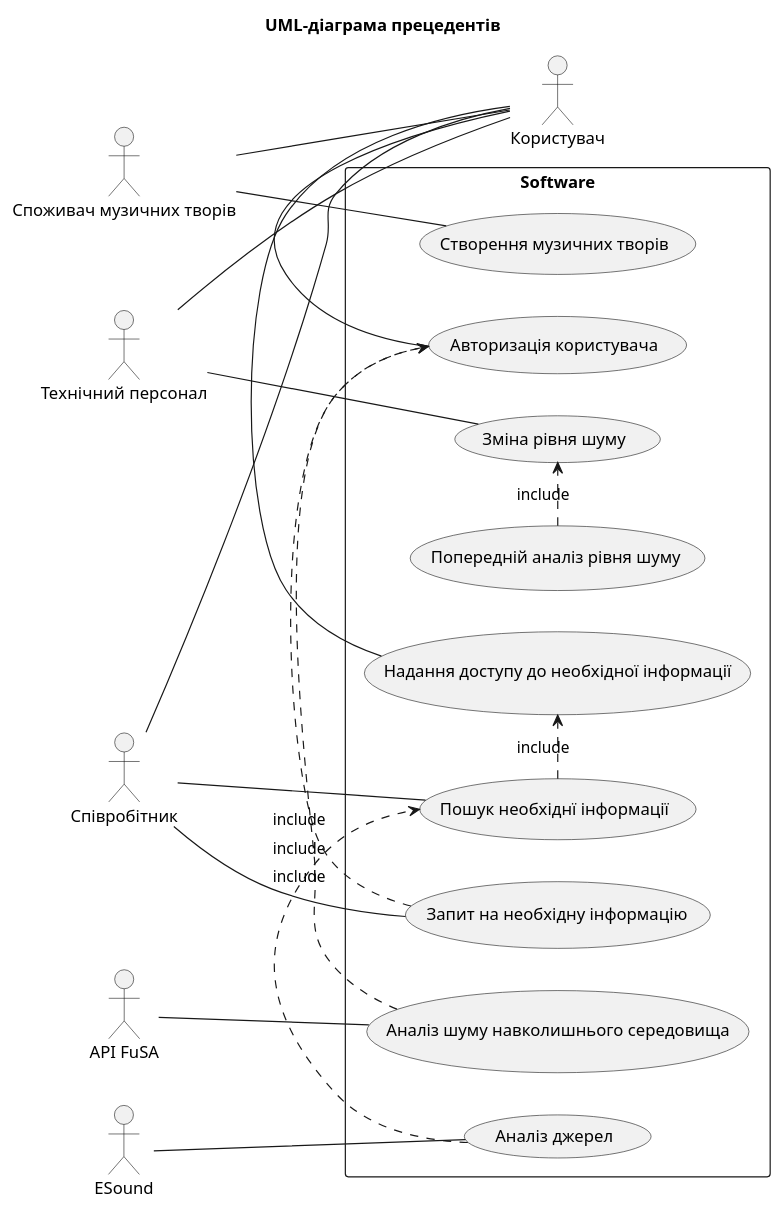
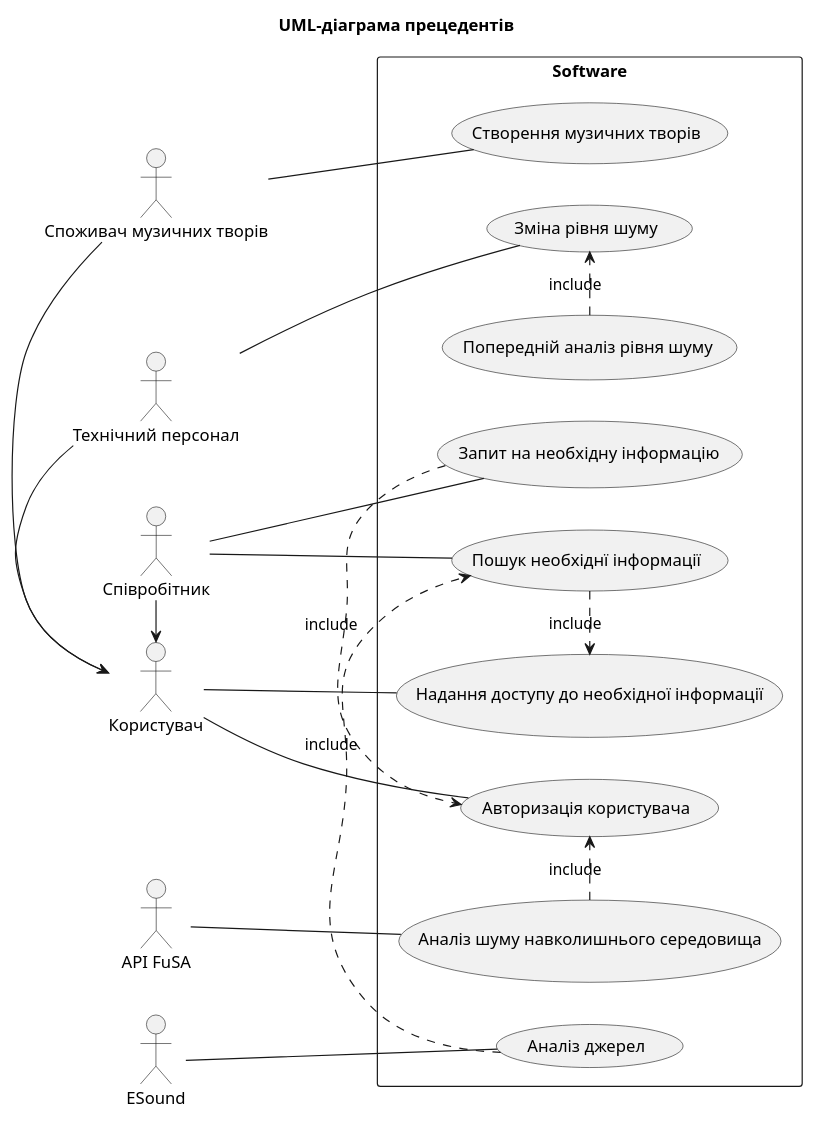
The diagram in 2-SoftwareDesign/2.7-PlantUML/UML-UseCase.puml (oleksandrblazhko/ai-213-hrushov), drawn with PlantUML before and after one commit.

```diff
--- a/2-SoftwareDesign/2.7-PlantUML/UML-UseCase.puml
+++ b/2-SoftwareDesign/2.7-PlantUML/UML-UseCase.puml
@@ -1,57 +1,57 @@
 @startuml
 
 title UML-діаграма прецедентів
 
 left to right direction
 
 actor "Споживач музичних творів" as actor1
 actor "Технічний персонал" as actor2
 actor "Користувач" as actor3
 actor "Співробітник" as actor4
 actor "API FuSA" as actor5
 actor "ESound" as actor6
 
 rectangle Software {
 
 usecase "Створення музичних творів" as usecase1
 usecase "Аналіз шуму навколишнього середовища" as usecase2
 usecase "Авторизація користувача" as usecase3
 usecase "Запит на необхідну інформацію" as usecase4
 usecase "Зміна рівня шуму" as usecase5
 usecase "Попередній аналіз рівня шуму" as usecase6
 usecase "Аналіз джерел" as usecase7
 usecase "Пошук необхіднї інформації" as usecase8
 usecase "Надання доступу до необхідної інформації" as usecase9
 
 actor3 -- usecase3 
 actor1 --  usecase1 
 actor5 --  usecase2 
 actor2 -- usecase5  
 usecase2 .> usecase3 : include
 usecase4 .> usecase3 : include
 usecase6 .> usecase5 : include
 actor6 -- usecase7
 actor4 -- usecase8
 usecase9 -- actor3
 usecase7 .> usecase8 : include
 usecase8 .> usecase9 : include
 actor4 -- usecase4
 
 
 
 
 
 
 
 
-actor1 -- actor3
-actor2 -- actor3
-actor4 -- actor3
+actor1 -> actor3
+actor2 -> actor3
+actor4 -> actor3
 
 }
 
 
 
 
 
 @enduml
```
